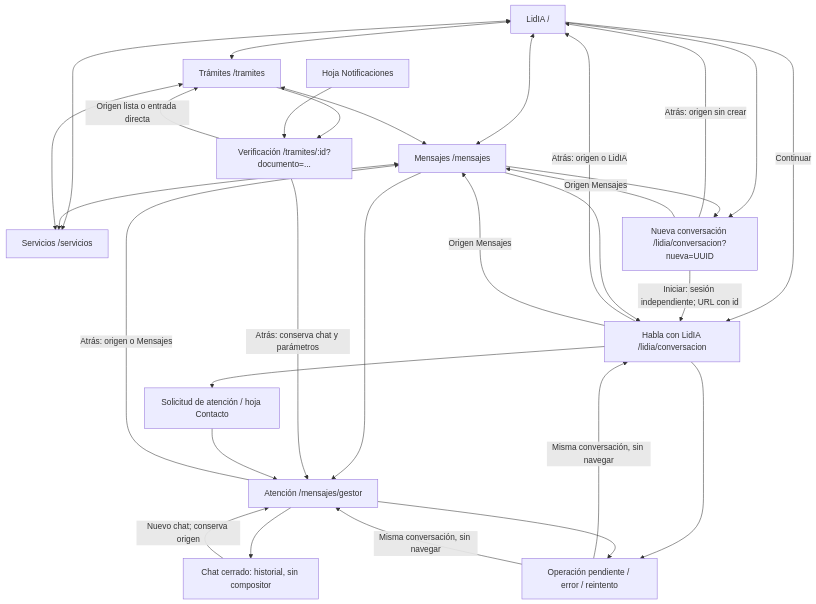
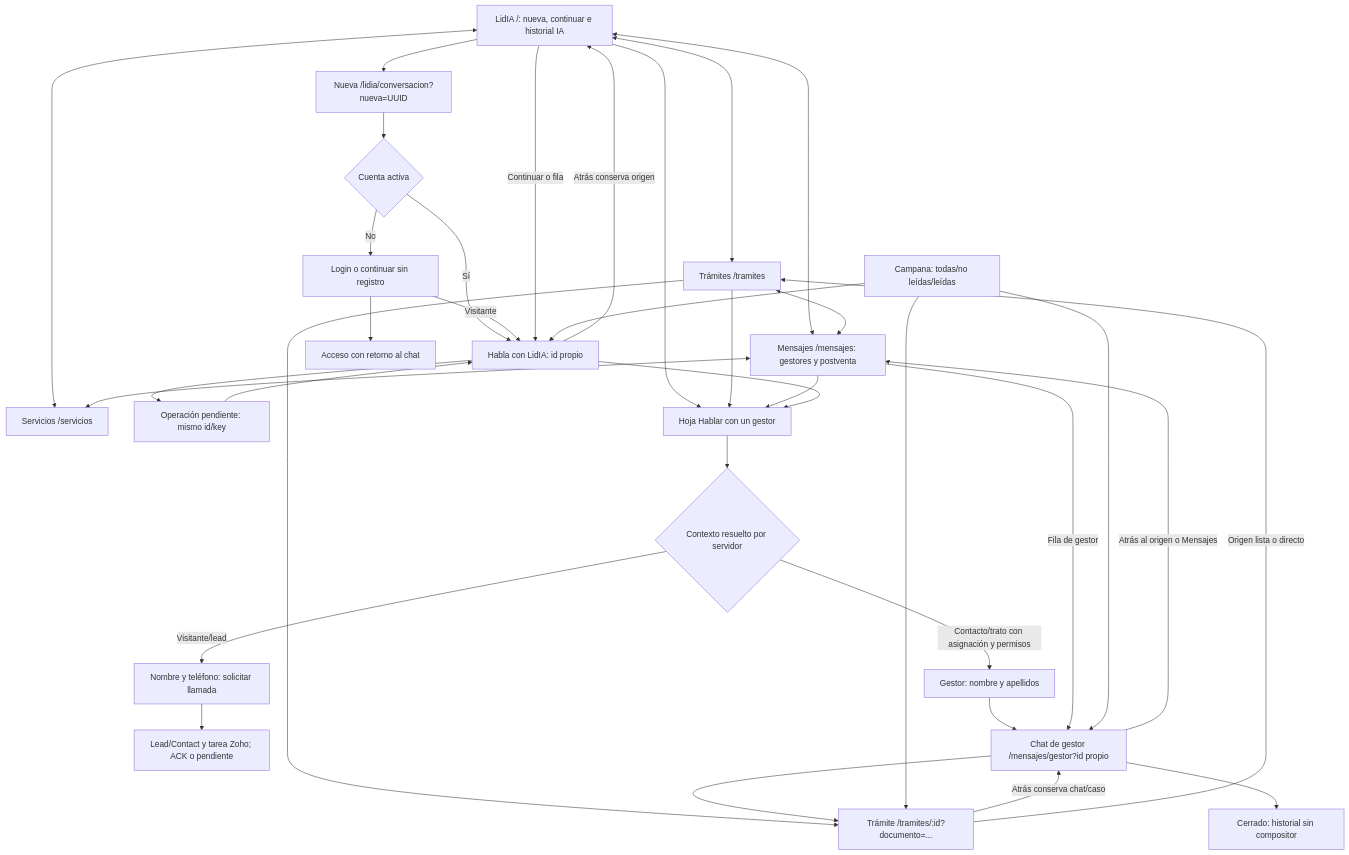
One commit to enmarkados/Gestadia_Portal changed the first of 6 diagrams in docs/app/NAVEGACION.md. Above: the diagram before and after it, drawn with Mermaid. The commit also changed other lines of this file and 82 other files, not shown here.

First line of the commit message:
feat(app): separar chats y conectar recorridos de visitante y gestor

````diff
--- a/docs/app/NAVEGACION.md
+++ b/docs/app/NAVEGACION.md
@@ -18,32 +18,37 @@
 ```mermaid
 flowchart TD
-  INICIO["LidIA /"] <--> T["Trámites /tramites"]
-  INICIO <--> M["Mensajes /mensajes"]
-  INICIO <--> S["Servicios /servicios"]
+  L["LidIA /: nueva, continuar e historial IA"] <--> T["Trámites /tramites"]
+  L <--> M["Mensajes /mensajes: gestores y postventa"]
+  L <--> S["Servicios /servicios"]
   T <--> M
   M <--> S
-  T <--> S
-  INICIO -->|Continuar| IA["Habla con LidIA /lidia/conversacion"]
-  INICIO --> NUEVA["Nueva conversación /lidia/conversacion?nueva=UUID"]
-  M --> NUEVA
-  NUEVA -->|Iniciar: sesión independiente; URL con id| IA
-  NUEVA -->|Atrás: origen sin crear| INICIO
-  NUEVA -->|Origen Mensajes| M
-  M --> IA
-  M --> G["Atención /mensajes/gestor"]
-  IA -->|Atrás: origen o LidIA| INICIO
-  IA -->|Origen Mensajes| M
-  G -->|Atrás: origen o Mensajes| M
-  T --> V["Verificación /tramites/:id?documento=..."]
-  N["Hoja Notificaciones"] --> V
-  V -->|Atrás: conserva chat y parámetros| G
-  V -->|Origen lista o entrada directa| T
-  IA --> Q["Solicitud de atención / hoja Contacto"]
-  Q --> G
-  G --> C["Chat cerrado: historial, sin compositor"]
-  C -->|Nuevo chat; conserva origen| G
-  IA --> P["Operación pendiente / error / reintento"]
-  G --> P
-  P -->|Misma conversación, sin navegar| IA
-  P -->|Misma conversación, sin navegar| G
+  L --> NUEVA["Nueva /lidia/conversacion?nueva=UUID"]
+  NUEVA --> CUENTA{Cuenta activa}
+  CUENTA -->|Sí| IA["Habla con LidIA: id propio"]
+  CUENTA -->|No| GATE["Login o continuar sin registro"]
+  GATE --> ACCESO["Acceso con retorno al chat"]
+  GATE -->|Visitante| IA
+  L -->|Continuar o fila| IA
+  IA -->|Atrás conserva origen| L
+  IA --> P["Operación pendiente: mismo id/key"]
+  P --> IA
+  L --> Q["Hoja Hablar con un gestor"]
+  T --> Q
+  M --> Q
+  IA --> Q
+  Q --> CRM{Contexto resuelto por servidor}
+  CRM -->|Visitante/lead| CALL["Nombre y teléfono: solicitar llamada"]
+  CALL --> TASK["Lead/Contact y tarea Zoho; ACK o pendiente"]
+  CRM -->|Contacto/trato con asignación y permisos| NAME["Gestor: nombre y apellidos"]
+  NAME --> G["Chat de gestor /mensajes/gestor?id propio"]
+  M -->|Fila de gestor| G
+  G -->|Atrás al origen o Mensajes| M
+  T --> V["Trámite /tramites/:id?documento=..."]
+  G --> V
+  V -->|Atrás conserva chat/caso| G
+  V -->|Origen lista o directo| T
+  G --> CLOSED["Cerrado: historial sin compositor"]
+  BELL["Campana: todas/no leídas/leídas"] --> V
+  BELL --> IA
+  BELL --> G
 ```
````
